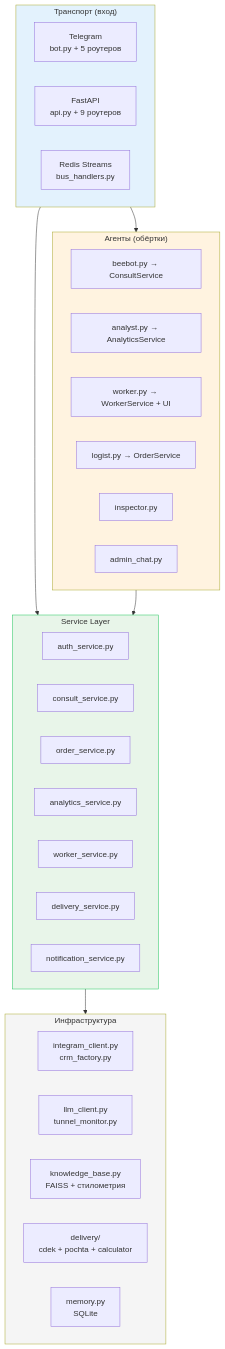
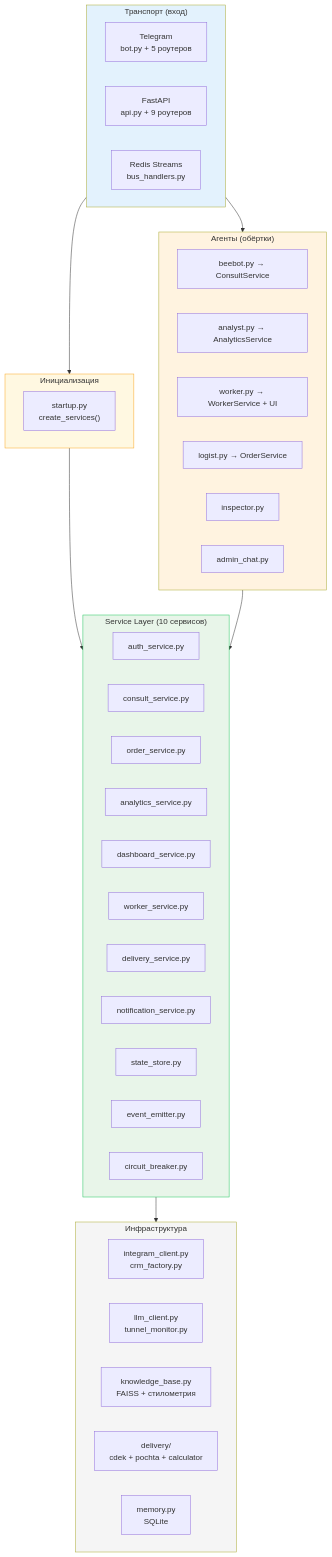
One commit to unidel2035/BEEBOT changed diagram 12 of 15 in docs/architecture.md. Above: the diagram before and after it, drawn with Mermaid. The commit also changed other lines of this file and 19 other files, not shown here.

````diff
--- a/docs/architecture.md
+++ b/docs/architecture.md
@@ -402,45 +488,54 @@
 ```mermaid
 graph TB
     subgraph TRANSPORT["Транспорт (вход)"]
         TG["Telegram<br/>bot.py + 5 роутеров"]
         WEB_T["FastAPI<br/>api.py + 9 роутеров"]
         REDIS_T["Redis Streams<br/>bus_handlers.py"]
     end
 
-    subgraph SVC["Service Layer"]
+    subgraph INIT["Инициализация"]
+        STARTUP_F["startup.py<br/>create_services()"]
+    end
+
+    subgraph SVC["Service Layer (10 сервисов)"]
         AUTH_F["auth_service.py"]
         CONSULT_F["consult_service.py"]
         ORDER_F["order_service.py"]
         ANALYTICS_F["analytics_service.py"]
+        DASHBOARD_F["dashboard_service.py"]
         WORKER_F["worker_service.py"]
         DELIVERY_F["delivery_service.py"]
         NOTIFY_F["notification_service.py"]
+        STATE_F["state_store.py"]
+        EVENTS_F["event_emitter.py"]
+        CB_F["circuit_breaker.py"]
     end
 
     subgraph AGENTS_F["Агенты (обёртки)"]
         BEEBOT_F["beebot.py → ConsultService"]
         ANALYST_F["analyst.py → AnalyticsService"]
         WORKER_AF["worker.py → WorkerService + UI"]
         LOGIST_F["logist.py → OrderService"]
         INSPECT_F["inspector.py"]
         ADMIN_F["admin_chat.py"]
     end
 
     subgraph INFRA_F["Инфраструктура"]
         CRM_F["integram_client.py<br/>crm_factory.py"]
         LLM_F["llm_client.py<br/>tunnel_monitor.py"]
         KB_F["knowledge_base.py<br/>FAISS + стилометрия"]
         DEL_F["delivery/<br/>cdek + pochta + calculator"]
         MEM_F["memory.py<br/>SQLite"]
     end
 
-    TRANSPORT --> SVC
+    TRANSPORT --> INIT --> SVC
     TRANSPORT --> AGENTS_F
     AGENTS_F --> SVC
     SVC --> INFRA_F
 
     style TRANSPORT fill:#e3f2fd
+    style INIT fill:#fff8e1,stroke:#f9a825
     style SVC fill:#e8f5e9,stroke:#22c55e
     style AGENTS_F fill:#fff3e0
     style INFRA_F fill:#f5f5f5
 ```
````
